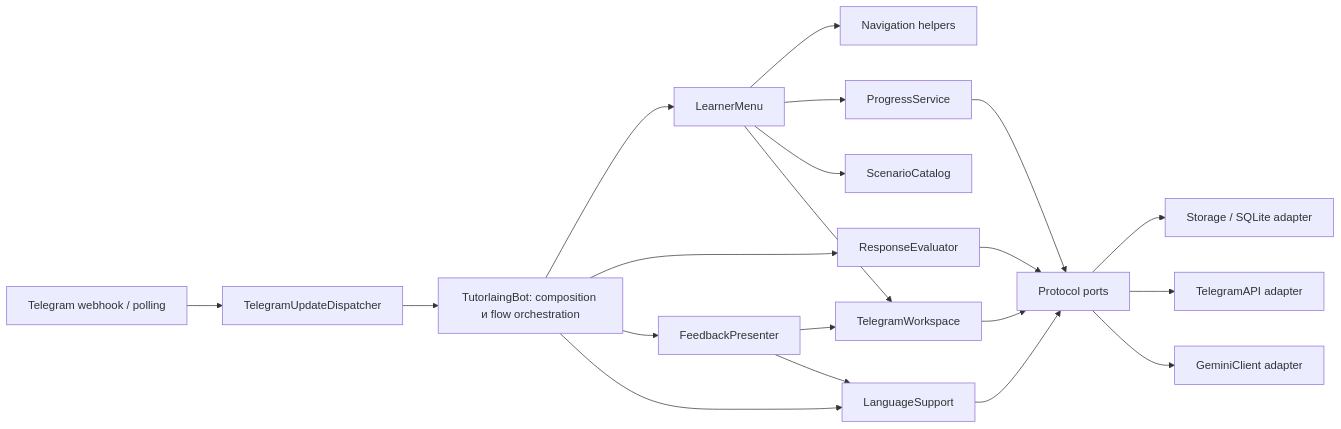
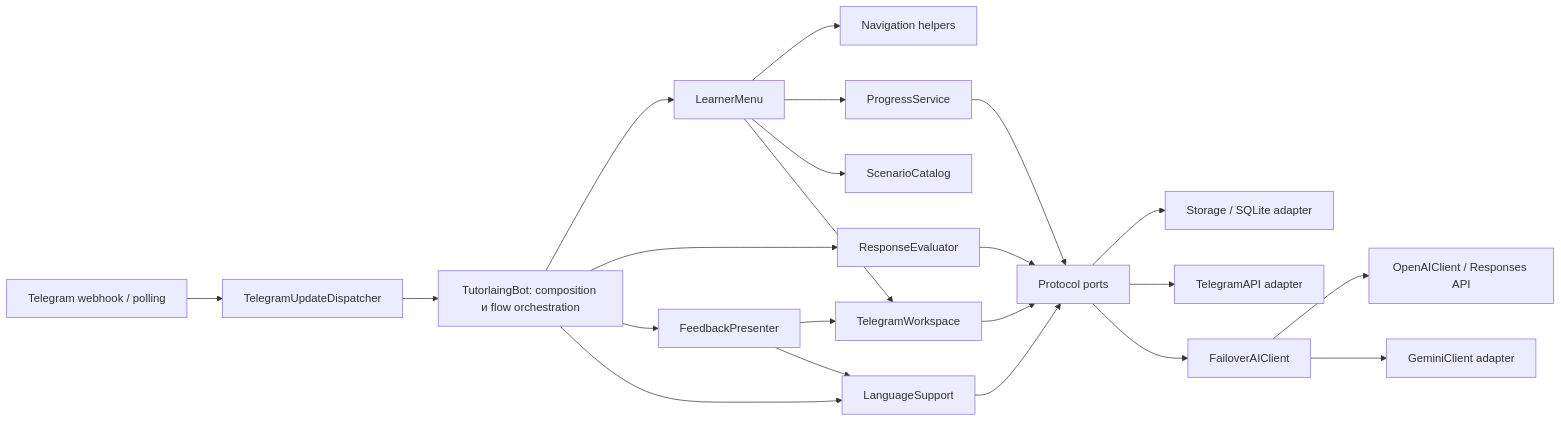
The diagram in docs/ARCHITECTURE.md (890su/tutorlaing), drawn with Mermaid before and after one commit. The commit also changed other lines of this file and 21 other files, not shown here.

Commit message:
Add OpenAI failover and resilient practice tools

````diff
--- a/docs/ARCHITECTURE.md
+++ b/docs/ARCHITECTURE.md
@@ -37,22 +37,24 @@
 ```mermaid
 flowchart LR
     TG["Telegram webhook / polling"] --> UD["TelegramUpdateDispatcher"]
     UD --> BOT["TutorlaingBot: composition и flow orchestration"]
     BOT --> MENU["LearnerMenu"]
     MENU --> NAV["Navigation helpers"]
     BOT --> EVAL["ResponseEvaluator"]
     BOT --> FB["FeedbackPresenter"]
     BOT --> LANG["LanguageSupport"]
     MENU --> PROG["ProgressService"]
     MENU --> CAT["ScenarioCatalog"]
     MENU --> WS["TelegramWorkspace"]
     FB --> WS
     FB --> LANG
     EVAL --> PORTS["Protocol ports"]
     PROG --> PORTS
     LANG --> PORTS
     WS --> PORTS
     PORTS --> DB["Storage / SQLite adapter"]
     PORTS --> API["TelegramAPI adapter"]
-    PORTS --> GEM["GeminiClient adapter"]
+    PORTS --> ROUTER["FailoverAIClient"]
+    ROUTER --> OAI["OpenAIClient / Responses API"]
+    ROUTER --> GEM["GeminiClient adapter"]
 ```
````
